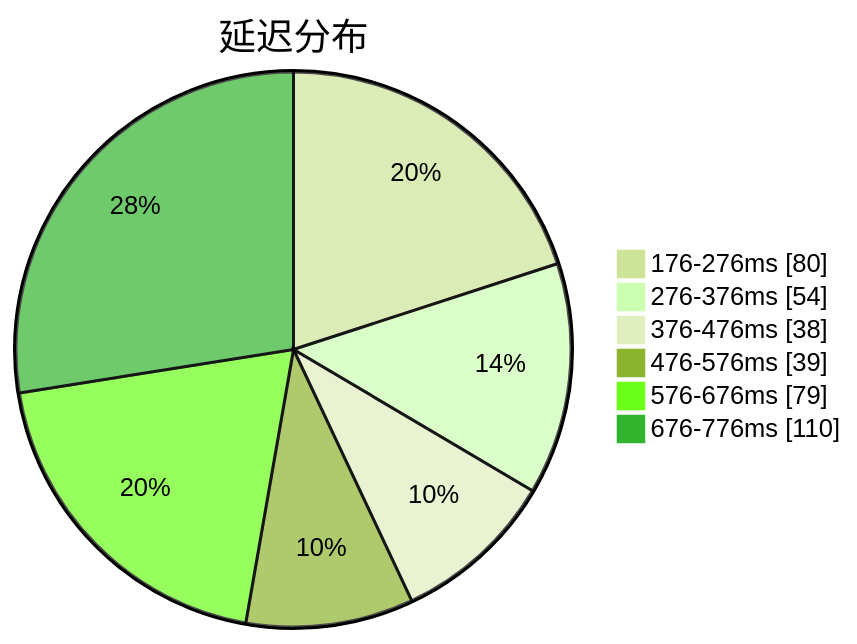
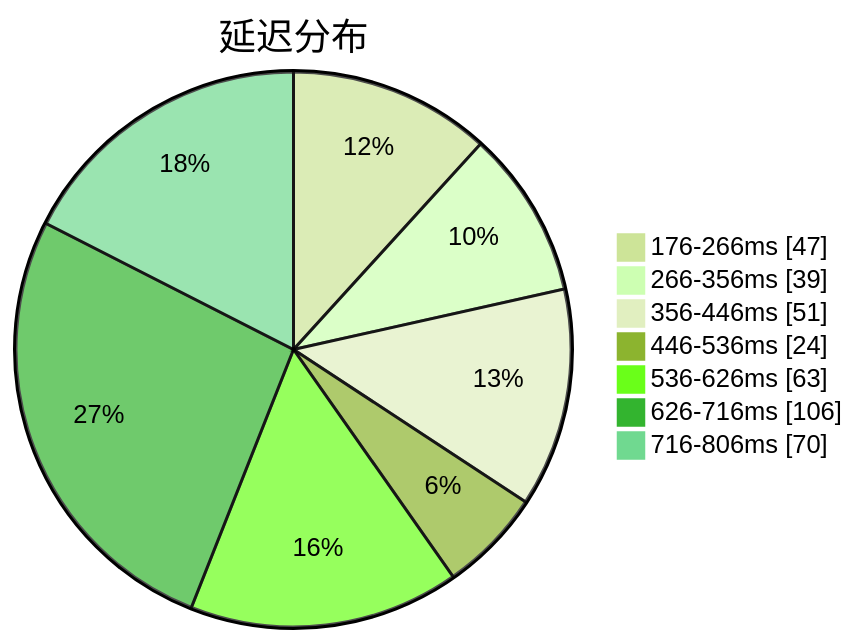
Before and after one commit to qjlxg/airport: the first of 3 diagrams in subs/statistics/tested_within.md, drawn with Mermaid (forest theme). The commit also changed other lines of this file and 2 other files, not shown here.

````diff
--- a/subs/statistics/tested_within.md
+++ b/subs/statistics/tested_within.md
@@ -2,10 +2,11 @@
 ```mermaid
 pie showData
 title 延迟分布
-"176-276ms" : 80
-"276-376ms" : 54
-"376-476ms" : 38
-"476-576ms" : 39
-"576-676ms" : 79
-"676-776ms" : 110
+"176-266ms" : 47
+"266-356ms" : 39
+"356-446ms" : 51
+"446-536ms" : 24
+"536-626ms" : 63
+"626-716ms" : 106
+"716-806ms" : 70
 ```
````
